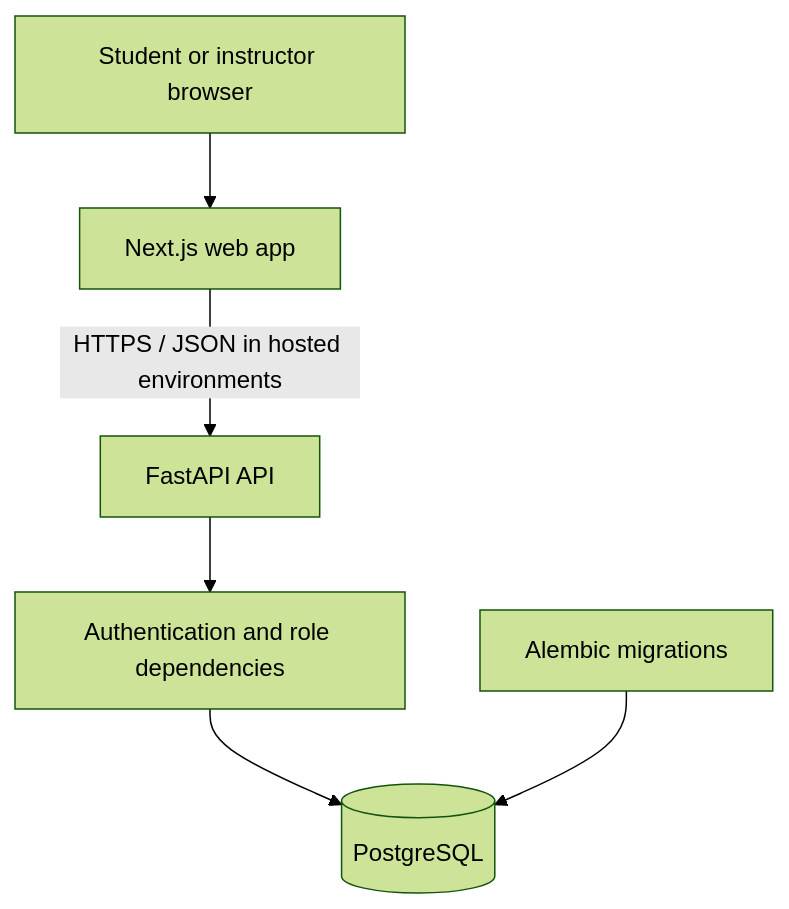
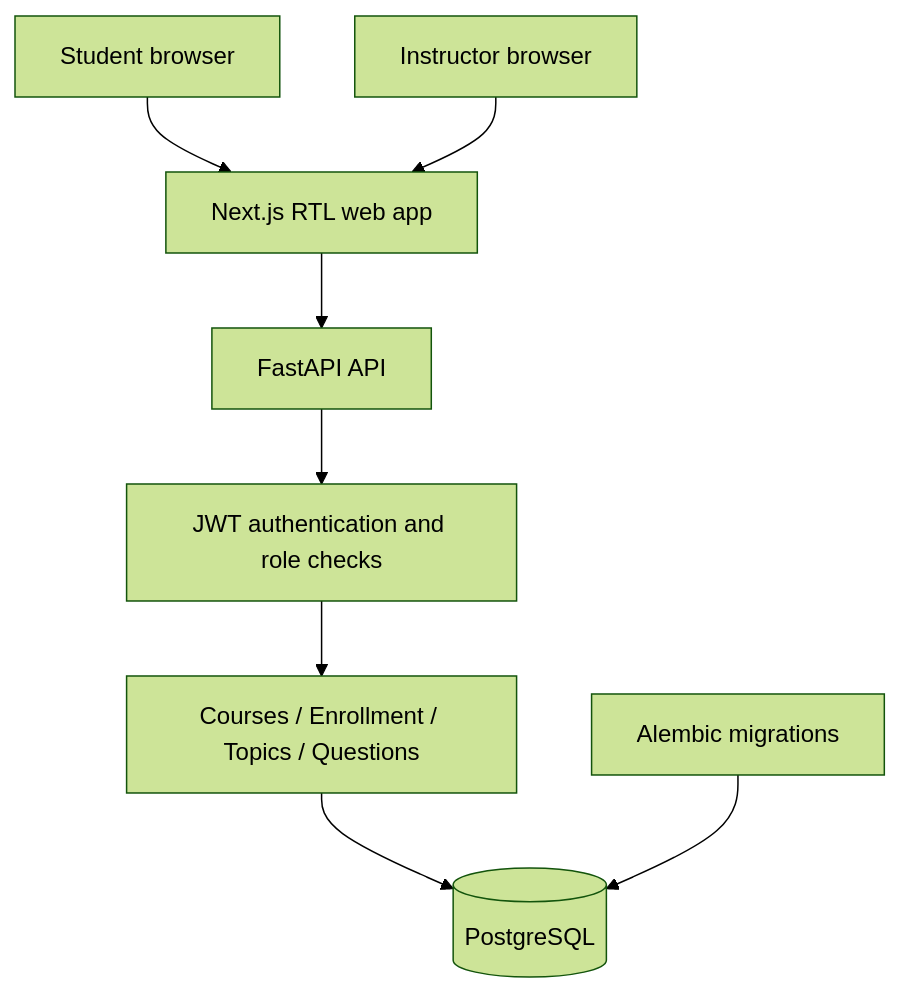
One commit to sinanaghdi/nabz-learning changed the diagram in docs/ARCHITECTURE.md. Above: the diagram before and after it, drawn with Mermaid (forest theme). The commit also changed other lines of this file and 14 other files, not shown here.

````diff
--- a/docs/ARCHITECTURE.md
+++ b/docs/ARCHITECTURE.md
@@ -13,14 +17,17 @@
 ```mermaid
 flowchart TD
-    Browser[Student or instructor browser]
-    Web[Next.js web app]
+    Student[Student browser]
+    Instructor[Instructor browser]
+    Web[Next.js RTL web app]
     API[FastAPI API]
-    Auth[Authentication and role dependencies]
+    Auth[JWT authentication and role checks]
+    Domain[Courses / Enrollment / Topics / Questions]
     DB[(PostgreSQL)]
-    Migrations[Alembic migrations]
-    Browser --> Web
-    Web -->|HTTPS / JSON in hosted environments| API
+    Student --> Web
+    Instructor --> Web
+    Web --> API
     API --> Auth
-    Auth --> DB
-    Migrations --> DB
+    Auth --> Domain
+    Domain --> DB
+    Migrations[Alembic migrations] --> DB
 ```
````
